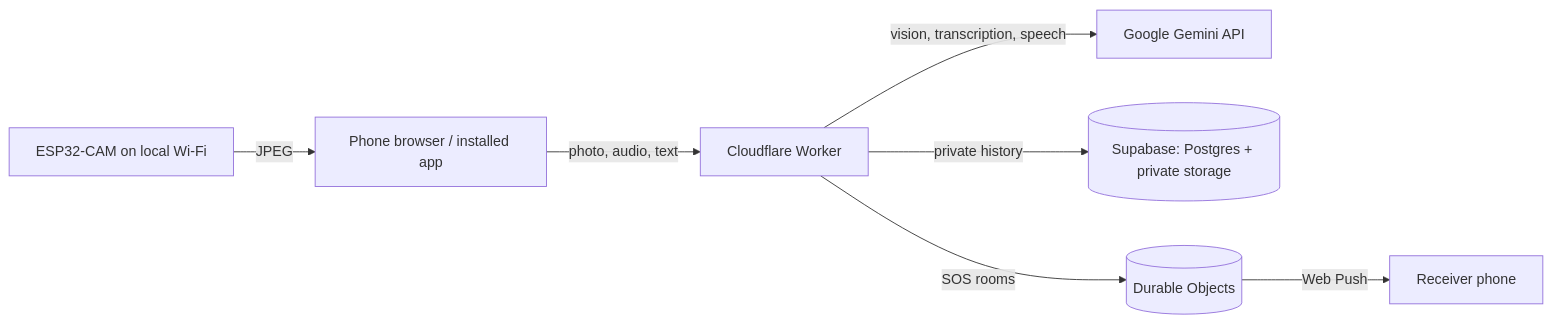
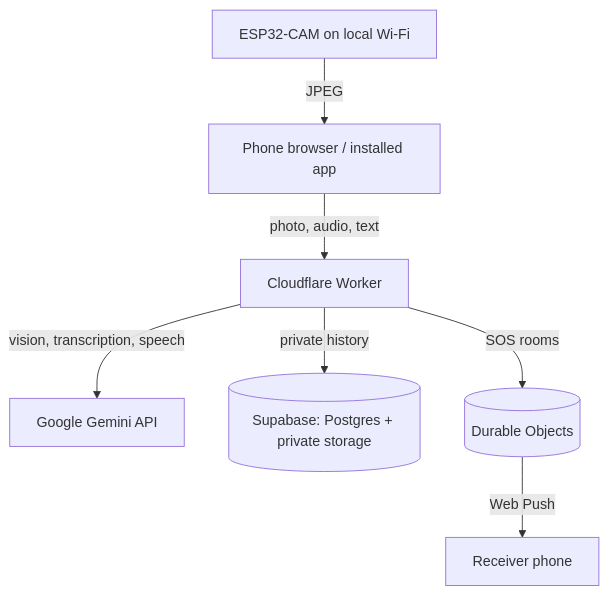
One commit to KaranJoyKundu/Daredevil-s-Eye changed the diagram in README.md. Above: the diagram before and after it, drawn with Mermaid. The commit also changed 1 other file, not shown here.

Commit message:
Docs: top-down architecture diagram; drop empty checklist heading

````diff
--- a/README.md
+++ b/README.md
@@ -55,9 +55,9 @@
 ```mermaid
-flowchart LR
-  P[Phone browser / installed app] -- photo, audio, text --> W[Cloudflare Worker]
-  E[ESP32-CAM on local Wi-Fi] -- JPEG --> P
+flowchart TD
+  E[ESP32-CAM on local Wi-Fi] -- JPEG --> P[Phone browser / installed app]
+  P -- photo, audio, text --> W[Cloudflare Worker]
   W -- vision, transcription, speech --> G[Google Gemini API]
   W -- private history --> S[(Supabase: Postgres + private storage)]
   W -- SOS rooms --> D[(Durable Objects)]
   D -- Web Push --> R[Receiver phone]
 ```
````
